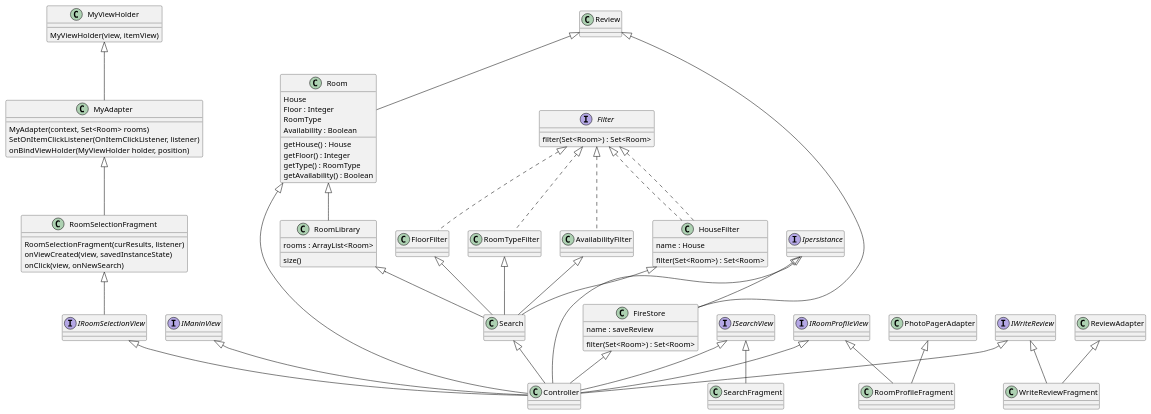
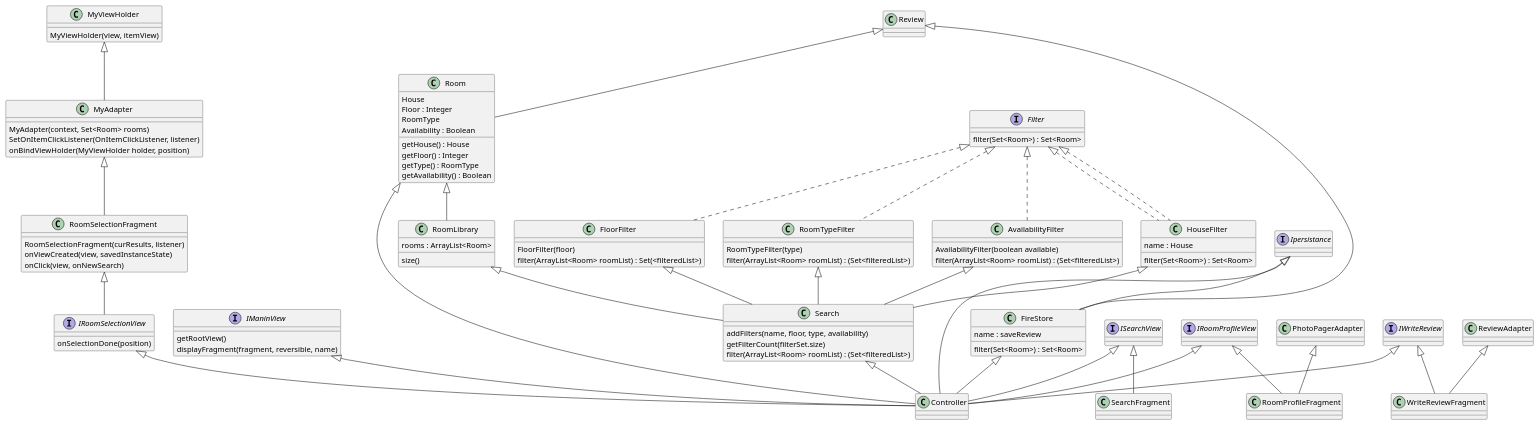
The first of 2 diagrams in intellij/doc/design.md (alexandraguillen12/Dorm-Review-App), drawn with PlantUML before and after one commit. The commit also changed other lines of this file, not shown here.

Commit message:
Updating and Adding in Design.md

```diff
--- a/intellij/doc/design.md
+++ b/intellij/doc/design.md
@@ -41,6 +41,7 @@
 
 interface IRoomSelectionView
 IRoomSelectionView <|-- Controller
+IRoomSelectionView : onSelectionDone(position)
 RoomSelectionFragment <|-- IRoomSelectionView 
 RoomSelectionFragment : RoomSelectionFragment(curResults, listener)
 RoomSelectionFragment : onViewCreated(view, savedInstanceState)
@@ -65,6 +66,8 @@
 
 interface IManinView
 IManinView <|-- Controller
+IManinView : getRootView()
+IManinView : displayFragment(fragment, reversible, name)
 
 class HouseFilter
 Filter <|.. HouseFilter
@@ -74,15 +77,24 @@
 
 class FloorFilter 
 FloorFilter <|-- Search 
+FloorFilter : FloorFilter(floor)
+FloorFilter : filter(ArrayList<Room> roomList) : Set(<filteredList>)
 Filter <|.. FloorFilter
 RoomTypeFilter <|-- Search
+RoomTypeFilter : RoomTypeFilter(type)
+RoomTypeFilter : filter(ArrayList<Room> roomList) : (Set<filteredList>)
 Filter <|.. RoomTypeFilter
 AvailabilityFilter <|-- Search
+AvailabilityFilter : AvailabilityFilter(boolean available)
+AvailabilityFilter : filter(ArrayList<Room> roomList) : (Set<filteredList>)
 Filter <|.. AvailabilityFilter 
 HouseFilter <|-- Search
 
 RoomLibrary <|-- Search
 Search <|-- Controller
+Search : addFilters(name, floor, type, availability)
+Search : getFilterCount(filterSet.size)
+Search : filter(ArrayList<Room> roomList) : (Set<filteredList>)
 Room <|-- Controller
 FireStore <|-- Controller
 
```
